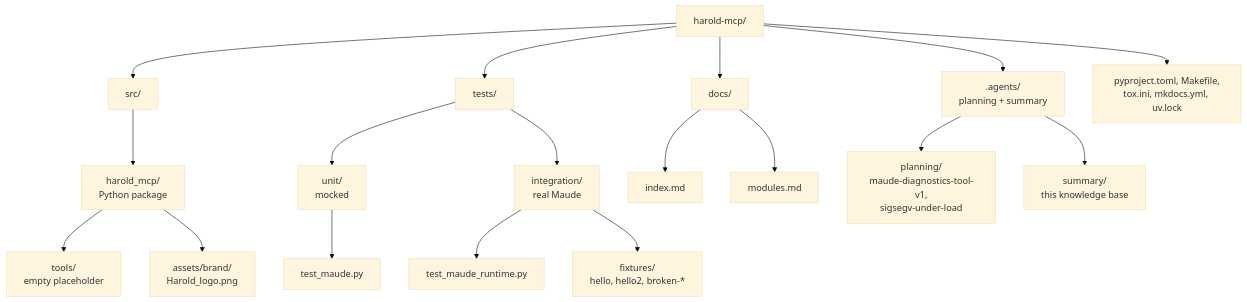
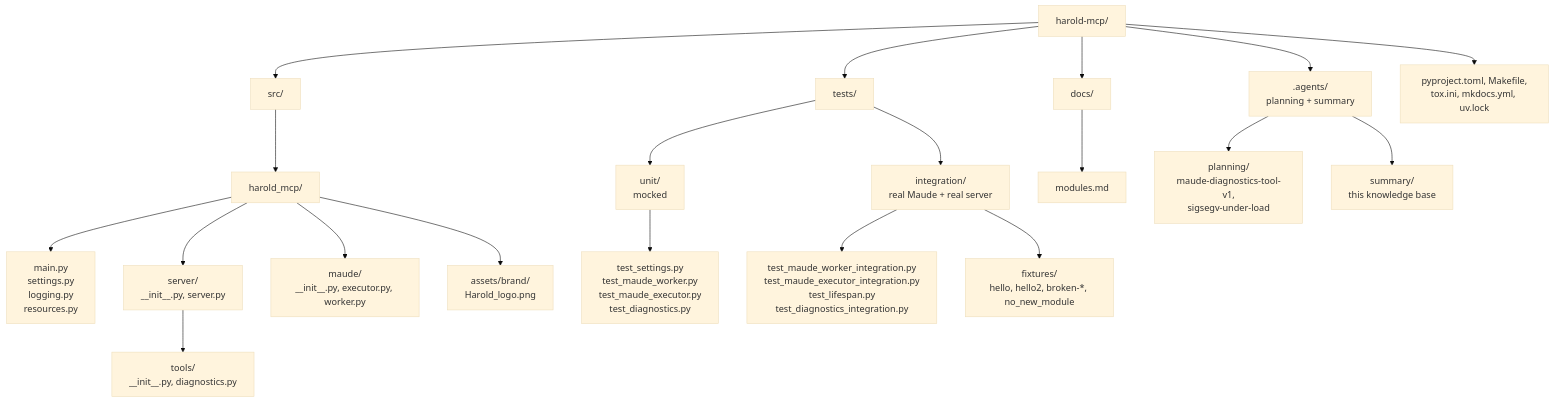
Before and after one commit to demiourgoi/Harold: the second of 2 diagrams in harold-mcp/.agents/summary/architecture.md, drawn with Mermaid (base theme). The commit also changed other lines of this file and 11 other files, not shown here.

````diff
--- a/harold-mcp/.agents/summary/architecture.md
+++ b/harold-mcp/.agents/summary/architecture.md
@@ -39,18 +77,21 @@
 ```mermaid
 graph TB
     root[harold-mcp/] --> src
     root --> tests
     root --> docs
     root --> agents[.agents/<br>planning + summary]
-    src[src/] --> pkg[harold_mcp/<br>Python package]
-    pkg --> tools[tools/<br>empty placeholder]
+    src[src/] --> pkg[harold_mcp/]
+    pkg --> flat[main.py<br>settings.py<br>logging.py<br>resources.py]
+    pkg --> serverpkg[server/<br>__init__.py, server.py]
+    serverpkg --> tools[tools/<br>__init__.py, diagnostics.py]
+    pkg --> maudepkg[maude/<br>__init__.py, executor.py, worker.py]
     pkg --> assets[assets/brand/<br>Harold_logo.png]
-    tests[tests/] --> unit[unit/<br>mocked] --> test_maude[test_maude.py]
-    tests[tests/] --> integration[integration/<br>real Maude] --> test_runtime[test_maude_runtime.py]
-    integration --> fixtures[fixtures/<br>hello, hello2, broken-*]
-    docs[docs/] --> index[index.md]
-    docs --> modules[modules.md]
+    tests[tests/] --> unit[unit/<br>mocked] --> u[test_settings.py<br>test_maude_worker.py<br>test_maude_executor.py<br>test_diagnostics.py]
+    tests --> integration[integration/<br>real Maude + real server]
+    integration --> i[test_maude_worker_integration.py<br>test_maude_executor_integration.py<br>test_lifespan.py<br>test_diagnostics_integration.py]
+    integration --> fixtures[fixtures/<br>hello, hello2, broken-*, no_new_module]
+    docs[docs/] --> dmodules[modules.md]
     agents --> planning[planning/<br>maude-diagnostics-tool-v1,<br>sigsegv-under-load]
     agents --> summary[summary/<br>this knowledge base]
     root --> cfg[pyproject.toml, Makefile,<br>tox.ini, mkdocs.yml, uv.lock]
 ```
````
